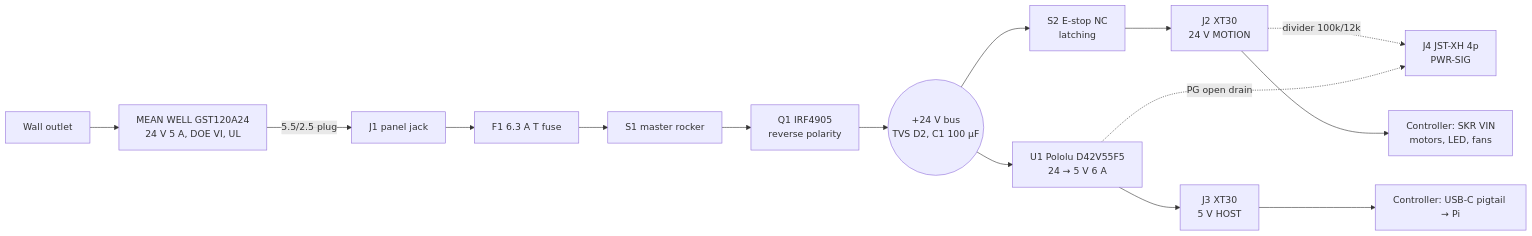
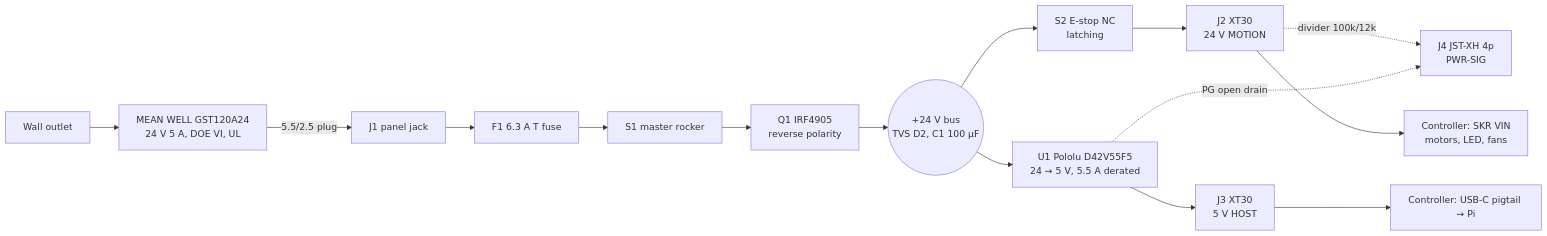
One commit to Normansrule/Gonioreflectometer-Open-Source changed the diagram in hardware/power/README.md. Above: the diagram before and after it, drawn with Mermaid. The commit also changed other lines of this file and 12 other files, not shown here.

````diff
--- a/hardware/power/README.md
+++ b/hardware/power/README.md
@@ -27,13 +27,13 @@
 ```mermaid
 flowchart LR
   WALL[Wall outlet] --> ADP[MEAN WELL GST120A24<br/>24 V 5 A, DOE VI, UL]
   ADP -->|5.5/2.5 plug| J1[J1 panel jack]
   J1 --> F1[F1 6.3 A T fuse] --> S1[S1 master rocker] --> Q1[Q1 IRF4905<br/>reverse polarity]
   Q1 --> BUS((+24 V bus<br/>TVS D2, C1 100 µF))
   BUS --> ES[S2 E-stop NC<br/>latching] --> J2[J2 XT30<br/>24 V MOTION]
-  BUS --> U1[U1 Pololu D42V55F5<br/>24 → 5 V 6 A] --> J3[J3 XT30<br/>5 V HOST]
+  BUS --> U1[U1 Pololu D42V55F5<br/>24 → 5 V, 5.5 A derated] --> J3[J3 XT30<br/>5 V HOST]
   J2 -. divider 100k/12k .-> J4[J4 JST-XH 4p<br/>PWR-SIG]
   U1 -. PG open drain .-> J4
   J2 --> SKR[Controller: SKR VIN<br/>motors, LED, fans]
   J3 --> PI[Controller: USB-C pigtail → Pi]
 ```
````
